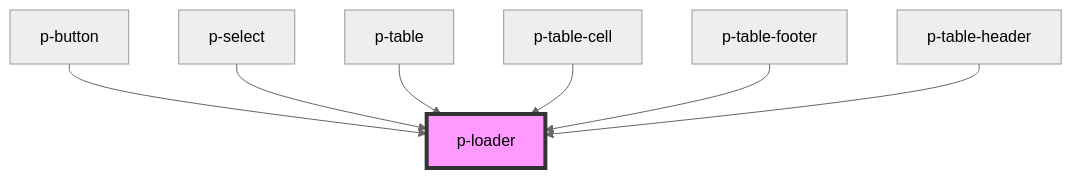
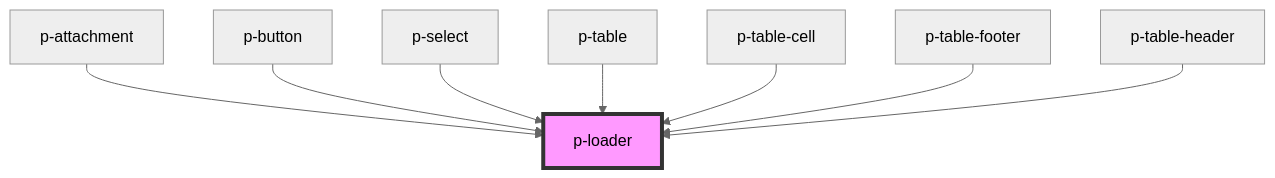
One commit to Employes/paperless changed the diagram in packages/core/src/components/atoms/loader/readme.md. Above: the diagram before and after it, drawn with Mermaid (neutral theme). The commit also changed other lines of this file and 4 other files, not shown here.

````diff
--- a/packages/core/src/components/atoms/loader/readme.md
+++ b/packages/core/src/components/atoms/loader/readme.md
@@ -35,10 +36,11 @@
 ```mermaid
 graph TD;
+  p-attachment --> p-loader
   p-button --> p-loader
   p-select --> p-loader
   p-table --> p-loader
   p-table-cell --> p-loader
   p-table-footer --> p-loader
   p-table-header --> p-loader
   style p-loader fill:#f9f,stroke:#333,stroke-width:4px
 ```
````
